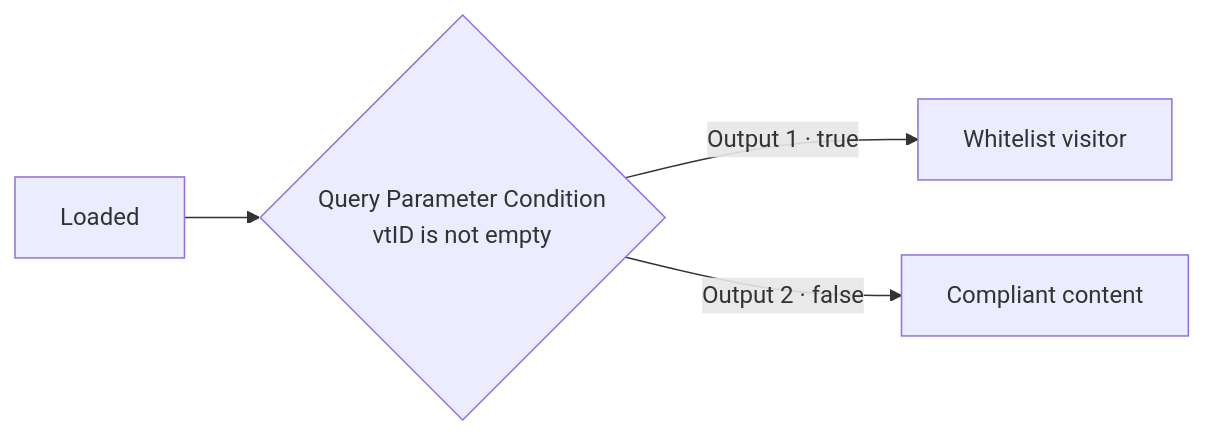
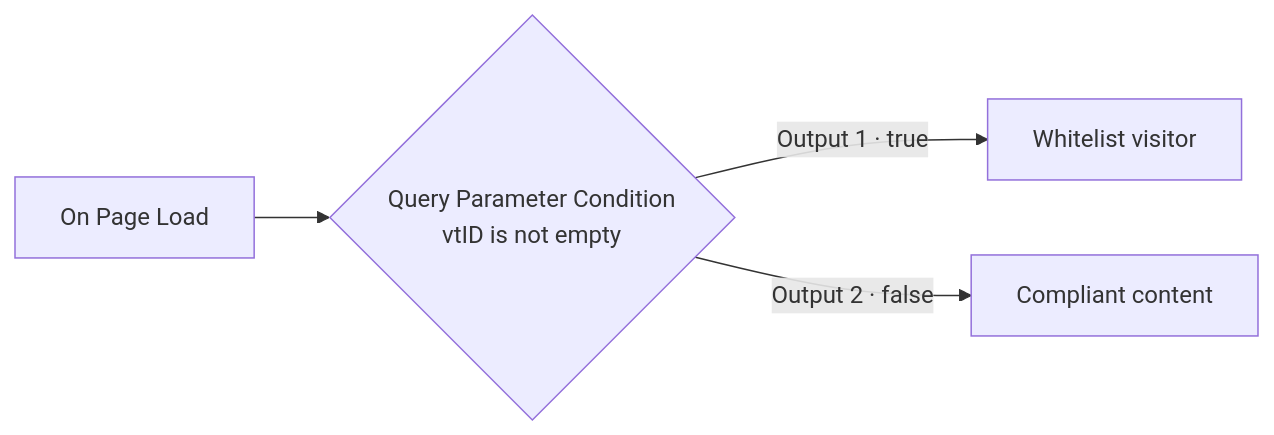
One commit to elasticfunnels/docs changed the diagram in funnels/page-events.mdx. Above: the diagram before and after it, drawn with Mermaid. The commit also changed other lines of this file and 7 other files, not shown here.

Commit message:
Page events docs: the start node is "On Page Load" (was "Loaded" / "On Page Loaded"), matching the app label on fix/page-events-entry-label

````diff
--- a/funnels/page-events.mdx
+++ b/funnels/page-events.mdx
@@ -156,6 +156,6 @@
 ```mermaid
 flowchart LR
-  A[Loaded] --> B{Query Parameter Condition<br/>vtID is not empty}
+  A[On Page Load] --> B{Query Parameter Condition<br/>vtID is not empty}
   B -->|Output 1 · true| C[Whitelist visitor]
   B -->|Output 2 · false| D[Compliant content]
 ```
````
